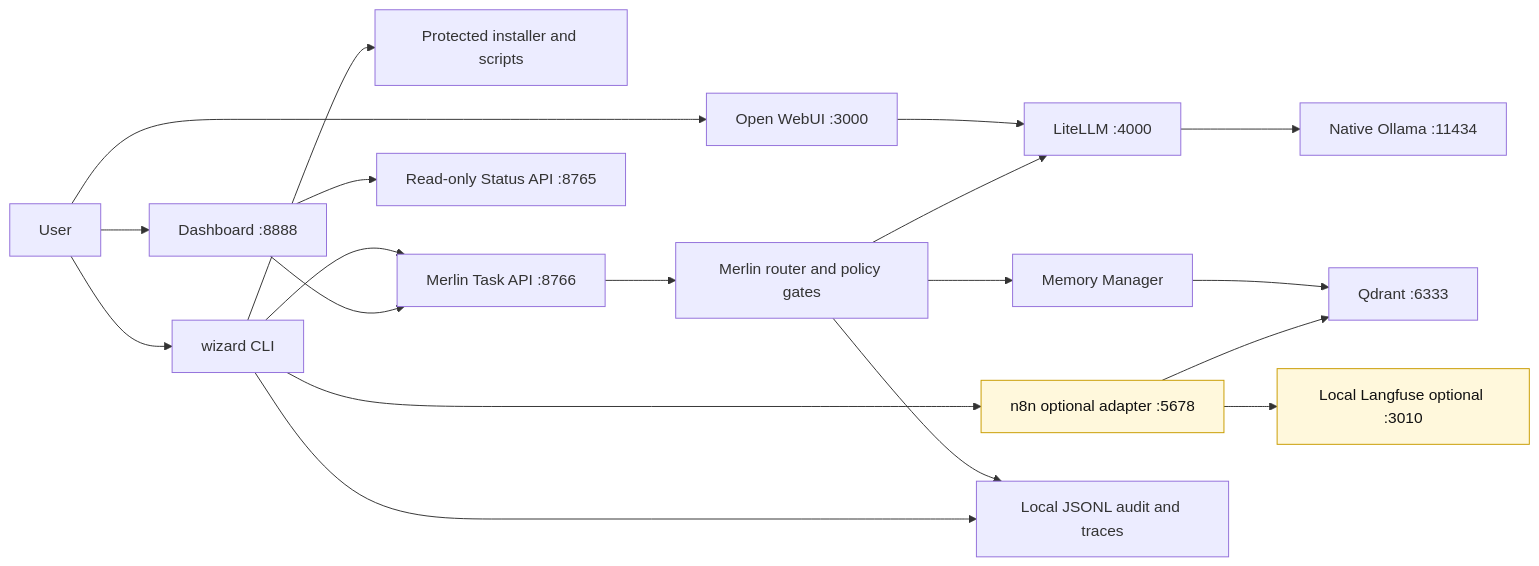
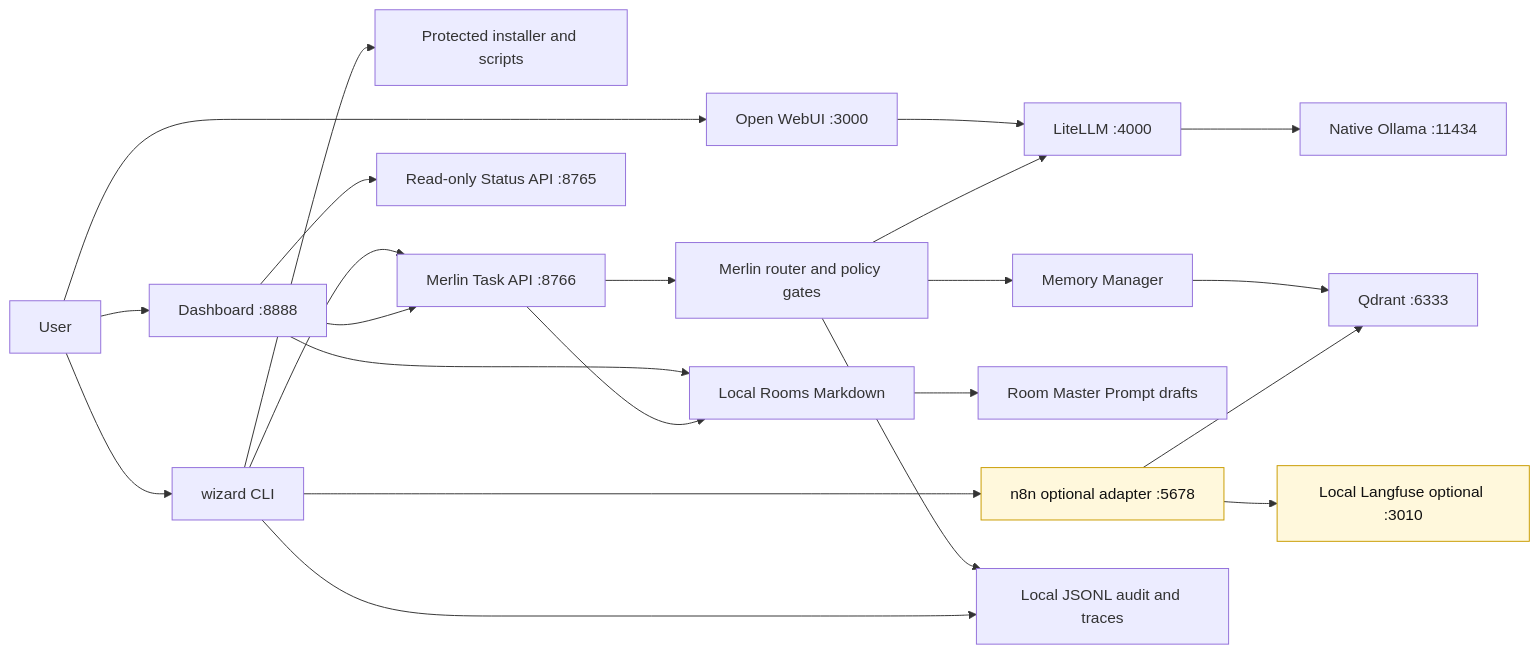
One commit to TheYfactora12/Secure-Local--AI-Merlin changed the diagram in docs/CANONICAL_PROJECT_STATE.md. Above: the diagram before and after it, drawn with Mermaid. The commit also changed other lines of this file and 9 other files, not shown here.

Commit message:
docs: align roadmap with local brain focus

````diff
--- a/docs/CANONICAL_PROJECT_STATE.md
+++ b/docs/CANONICAL_PROJECT_STATE.md
@@ -57,29 +67,32 @@
 ```mermaid
 flowchart LR
     User[User] --> Wizard[wizard CLI]
     User --> WebUI[Open WebUI :3000]
     User --> Dashboard[Dashboard :8888]
 
     Wizard --> Installer[Protected installer and scripts]
     Wizard --> MerlinTask[Merlin Task API :8766]
     Dashboard --> StatusAPI[Read-only Status API :8765]
     Dashboard --> MerlinTask
+    Dashboard --> Rooms[Local Rooms Markdown]
 
     WebUI --> LiteLLM[LiteLLM :4000]
     MerlinTask --> Router[Merlin router and policy gates]
     Router --> LiteLLM
     Router --> Memory[Memory Manager]
+    MerlinTask --> Rooms
 
     LiteLLM --> Ollama[Native Ollama :11434]
     Memory --> Qdrant[Qdrant :6333]
+    Rooms --> RoomPrompts[Room Master Prompt drafts]
 
     Wizard --> N8N[n8n optional adapter :5678]
     N8N --> Qdrant
     N8N --> LocalLangfuse[Local Langfuse optional :3010]
 
     Router --> Audit[Local JSONL audit and traces]
     Wizard --> Audit
 
     classDef optional fill:#fff8dc,stroke:#c99c00,color:#111;
     class N8N,LocalLangfuse optional;
 ```
````
